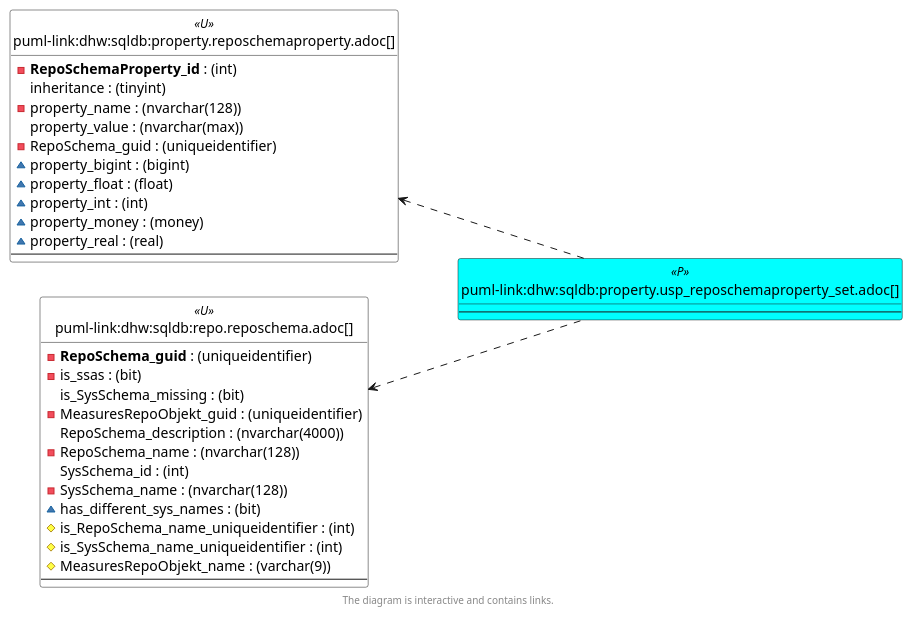
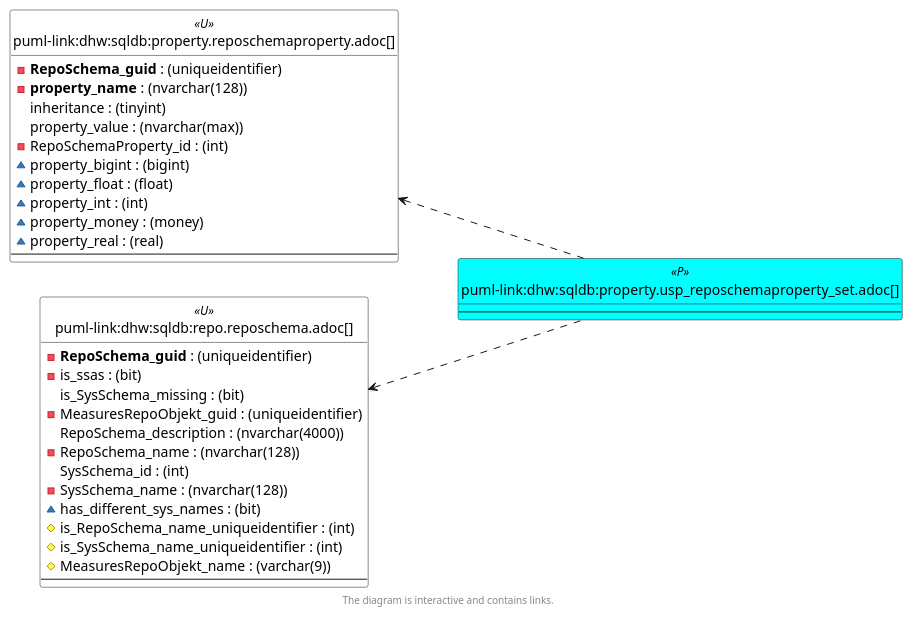
The sixth of 6 diagrams in docs/modules/sqldb/partials/content/property.usp_reposchemaproperty_set.adoc (DataHandwerk/dhw-antora-sqldb), drawn with PlantUML before and after one commit. The commit also changed other lines of this file and 751 other files, not shown here.

```diff
--- a/docs/modules/sqldb/partials/content/property.usp_reposchemaproperty_set.adoc
+++ b/docs/modules/sqldb/partials/content/property.usp_reposchemaproperty_set.adoc
@@ -705,72 +707,72 @@
 [plantuml, entity_1_1_colref-{docname}, svg, subs=macros]
 ....
 @startuml
 left to right direction
 'top to bottom direction
 hide circle
 'avoide "." issues:
 set namespaceSeparator none
 
 
 skinparam class {
   BackgroundColor White
   BackgroundColor<<FN>> Yellow
   BackgroundColor<<FS>> Yellow
   BackgroundColor<<FT>> LightGray
   BackgroundColor<<IF>> Yellow
   BackgroundColor<<IS>> Yellow
   BackgroundColor<<P>>  Aqua
   BackgroundColor<<PC>> Aqua
   BackgroundColor<<SN>> Yellow
   BackgroundColor<<SO>> SlateBlue
   BackgroundColor<<TF>> LightGray
   BackgroundColor<<TR>> Tomato
   BackgroundColor<<U>>  White
   BackgroundColor<<V>>  WhiteSmoke
   BackgroundColor<<X>>  Aqua
   BackgroundColor<<external>> AliceBlue
 }
 
 
 entity "puml-link:dhw:sqldb:property.reposchemaproperty.adoc[]" as property.RepoSchemaProperty << U >> {
-  - **RepoSchemaProperty_id** : (int)
+  - **RepoSchema_guid** : (uniqueidentifier)
+  - **property_name** : (nvarchar(128))
   inheritance : (tinyint)
-  - property_name : (nvarchar(128))
   property_value : (nvarchar(max))
-  - RepoSchema_guid : (uniqueidentifier)
+  - RepoSchemaProperty_id : (int)
   ~ property_bigint : (bigint)
   ~ property_float : (float)
   ~ property_int : (int)
   ~ property_money : (money)
   ~ property_real : (real)
   --
 }
 
 entity "puml-link:dhw:sqldb:property.usp_reposchemaproperty_set.adoc[]" as property.usp_RepoSchemaProperty_set << P >> {
   --
 }
 
 entity "puml-link:dhw:sqldb:repo.reposchema.adoc[]" as repo.RepoSchema << U >> {
   - **RepoSchema_guid** : (uniqueidentifier)
   - is_ssas : (bit)
   is_SysSchema_missing : (bit)
   - MeasuresRepoObjekt_guid : (uniqueidentifier)
   RepoSchema_description : (nvarchar(4000))
   - RepoSchema_name : (nvarchar(128))
   SysSchema_id : (int)
   - SysSchema_name : (nvarchar(128))
   ~ has_different_sys_names : (bit)
   # is_RepoSchema_name_uniqueidentifier : (int)
   # is_SysSchema_name_uniqueidentifier : (int)
   # MeasuresRepoObjekt_name : (varchar(9))
   --
 }
 
 property.RepoSchemaProperty <.. property.usp_RepoSchemaProperty_set
 repo.RepoSchema <.. property.usp_RepoSchemaProperty_set
 
 
 footer The diagram is interactive and contains links.
 
 @enduml
 ....
```
